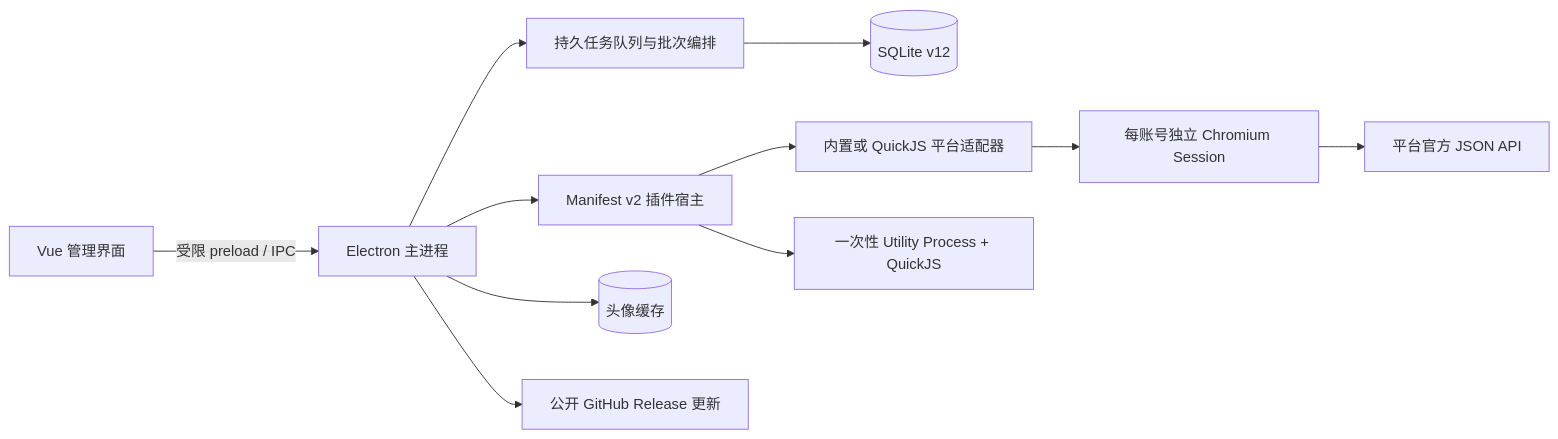
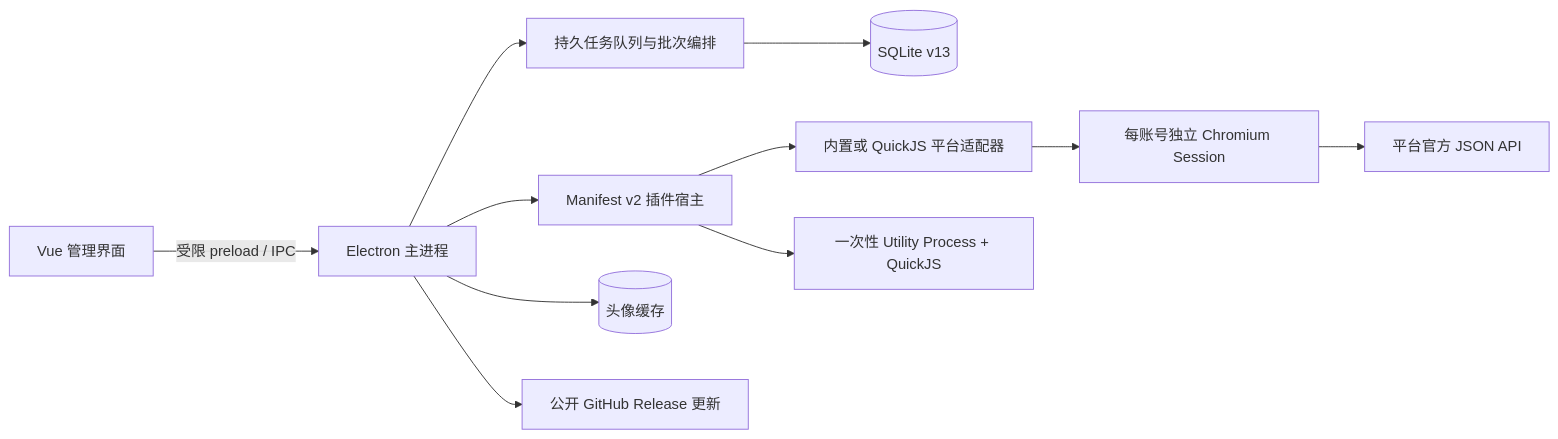
The diagram in README.md (nzmxd/streamfold), drawn with Mermaid before and after one commit. The commit also changed other lines of this file and 37 other files, not shown here.

````diff
--- a/README.md
+++ b/README.md
@@ -53,13 +53,13 @@
 ```mermaid
 flowchart LR
     UI["Vue 管理界面"] -->|受限 preload / IPC| MAIN["Electron 主进程"]
     MAIN --> QUEUE["持久任务队列与批次编排"]
-    QUEUE --> DB[("SQLite v12")]
+    QUEUE --> DB[("SQLite v13")]
     MAIN --> HOST["Manifest v2 插件宿主"]
     HOST --> ADAPTER["内置或 QuickJS 平台适配器"]
     ADAPTER --> BROWSER["每账号独立 Chromium Session"]
     HOST --> QJS["一次性 Utility Process + QuickJS"]
     BROWSER --> JSON["平台官方 JSON API"]
     MAIN --> MEDIA[("头像缓存")]
     MAIN --> UPDATE["公开 GitHub Release 更新"]
 ```
````
